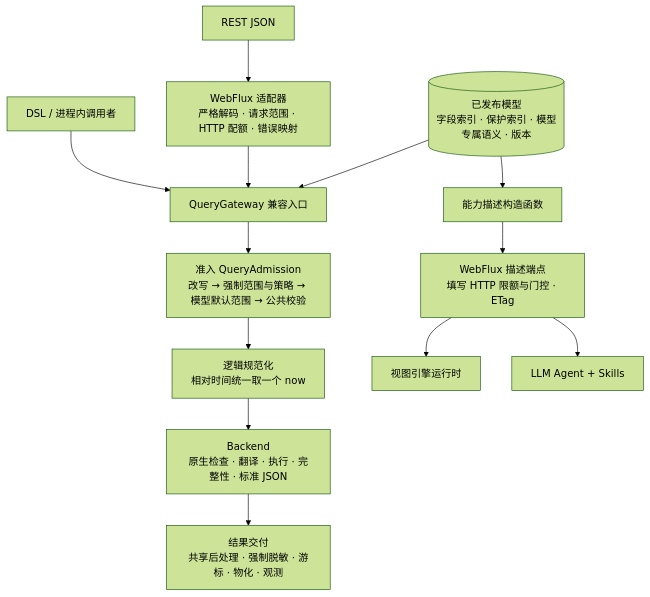
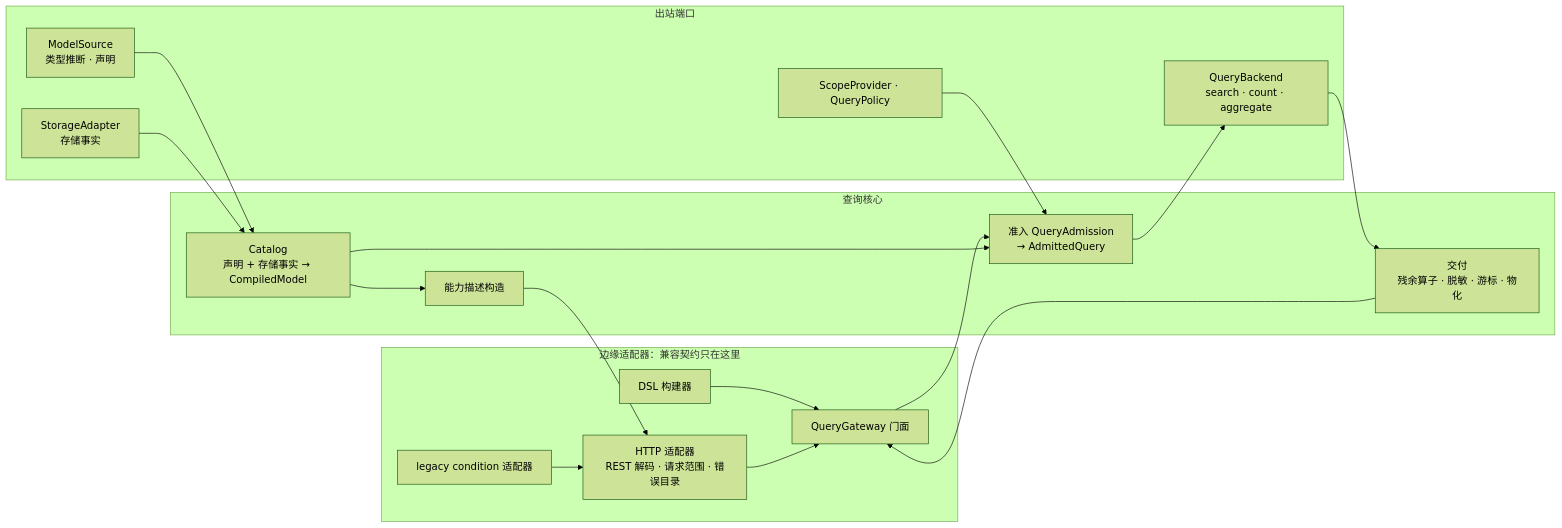
One commit to Ahoo-Wang/Wow changed the first of 3 diagrams in documentation/designs/2026-09-24-query-target-architecture-design.md. Above: the diagram before and after it, drawn with Mermaid (forest theme). The commit also changed other lines of this file and 18 other files, not shown here.

First line of the commit message:
docs(query): redesign the query target architecture from first principles

````diff
--- a/documentation/designs/2026-09-24-query-target-architecture-design.md
+++ b/documentation/designs/2026-09-24-query-target-architecture-design.md
@@ -94,15 +53,37 @@
 ```mermaid
-flowchart TB
-    REST[REST JSON] --> W[WebFlux 适配器<br/>严格解码 · 请求范围 · HTTP 配额 · 错误映射]
-    DSL[DSL / 进程内调用者] --> G
-    W --> G[QueryGateway 兼容入口]
-    C[(已发布模型<br/>字段索引 · 保护索引 · 模型专属语义 · 版本)] --> G
-    G --> A[准入 QueryAdmission<br/>改写 → 强制范围与策略 → 模型默认范围 → 公共校验]
-    A --> N[逻辑规范化<br/>相对时间统一取一个 now]
-    N --> X[Backend<br/>原生检查 · 翻译 · 执行 · 完整性 · 标准 JSON]
-    X --> P[结果交付<br/>共享后处理 · 强制脱敏 · 游标 · 物化 · 观测]
-    C --> D[能力描述构造函数]
-    D --> H[WebFlux 描述端点<br/>填写 HTTP 限额与门控 · ETag]
-    H --> VE[视图引擎运行时]
-    H --> AG[LLM Agent + Skills]
+flowchart LR
+    subgraph Edge[边缘适配器：兼容契约只在这里]
+        GW[QueryGateway 门面]
+        HTTP[HTTP 适配器<br/>REST 解码 · 请求范围 · 错误目录]
+        DSL[DSL 构建器]
+        LEG[legacy condition 适配器]
+    end
+
+    subgraph Core[查询核心]
+        CAT[Catalog<br/>声明 + 存储事实 → CompiledModel]
+        ADM[准入 QueryAdmission<br/>→ AdmittedQuery]
+        DEL[交付<br/>残余算子 · 脱敏 · 游标 · 物化]
+        DESC[能力描述构造]
+    end
+
+    subgraph SPI[出站端口]
+        SRC[ModelSource<br/>类型推断 · 声明]
+        STO[StorageAdapter<br/>存储事实]
+        BE[QueryBackend<br/>search · count · aggregate]
+        SCOPE[ScopeProvider · QueryPolicy]
+    end
+
+    DSL --> GW
+    LEG --> HTTP
+    HTTP --> GW
+    GW --> ADM
+    CAT --> ADM
+    ADM --> BE
+    BE --> DEL
+    DEL --> GW
+    CAT --> DESC
+    DESC --> HTTP
+    SRC --> CAT
+    STO --> CAT
+    SCOPE --> ADM
 ```
````
